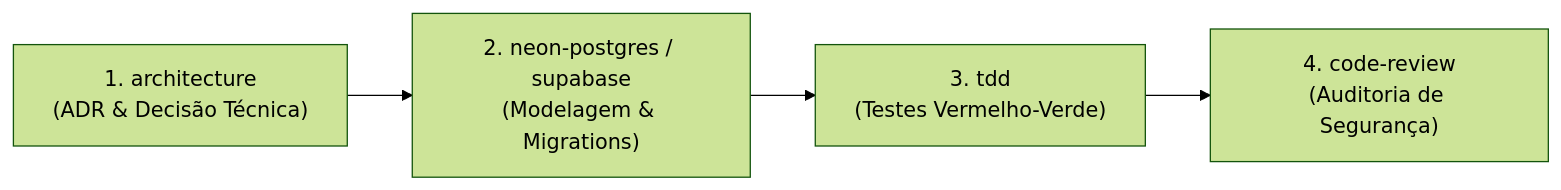
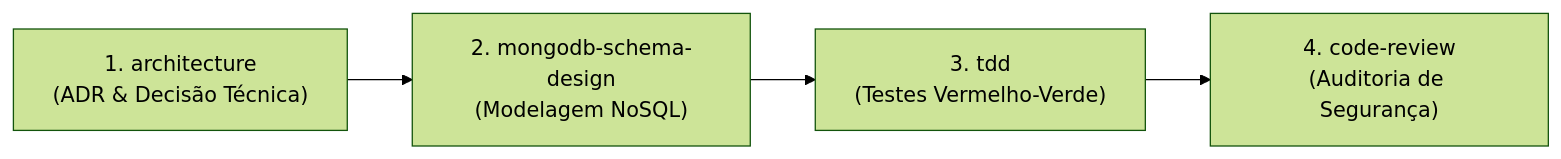
Before and after one commit to Henrique1601/SkiilsToIAs: the second of 7 diagrams in CEREBRO.md, drawn with Mermaid (forest theme). The commit also changed other lines of this file and 286 other files, not shown here.

````diff
--- a/CEREBRO.md
+++ b/CEREBRO.md
@@ -106,10 +108,10 @@
 ```mermaid
 flowchart LR
     A["1. architecture
-(ADR & Decisão Técnica)"] --> B["2. neon-postgres / supabase
-(Modelagem & Migrations)"]
+(ADR & Decisão Técnica)"] --> B["2. mongodb-schema-design
+(Modelagem NoSQL)"]
     B --> C["3. tdd
 (Testes Vermelho-Verde)"]
     C --> D["4. code-review
 (Auditoria de Segurança)"]
 ```
````
